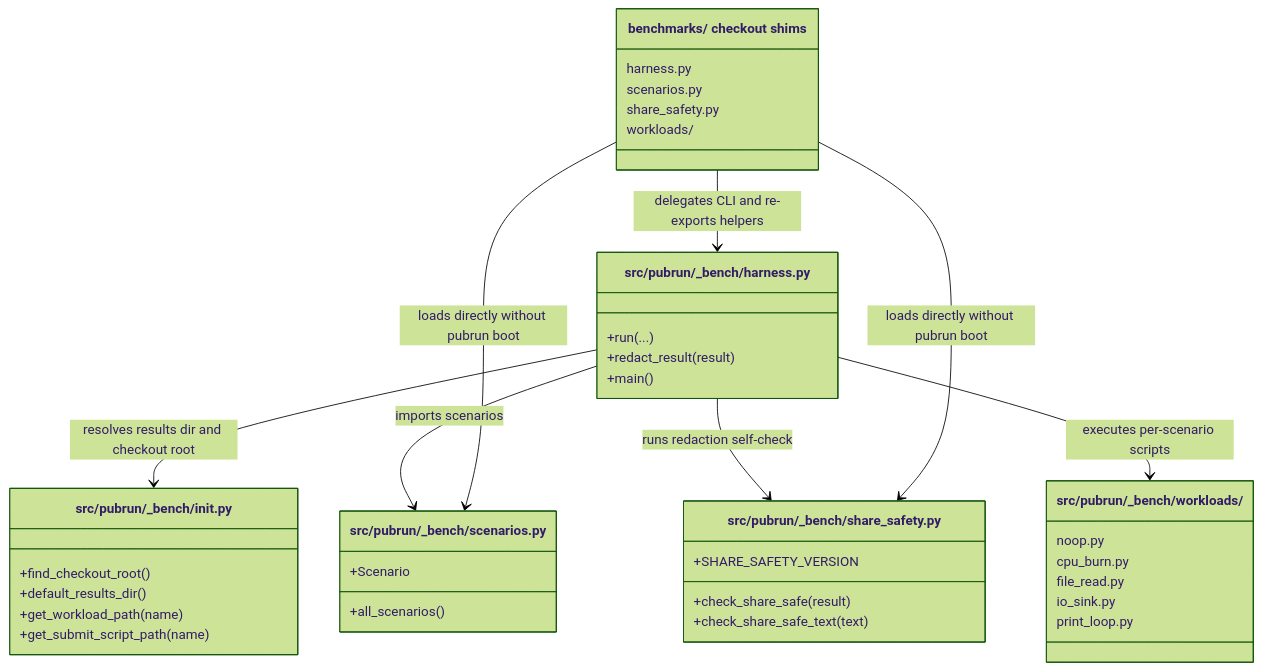
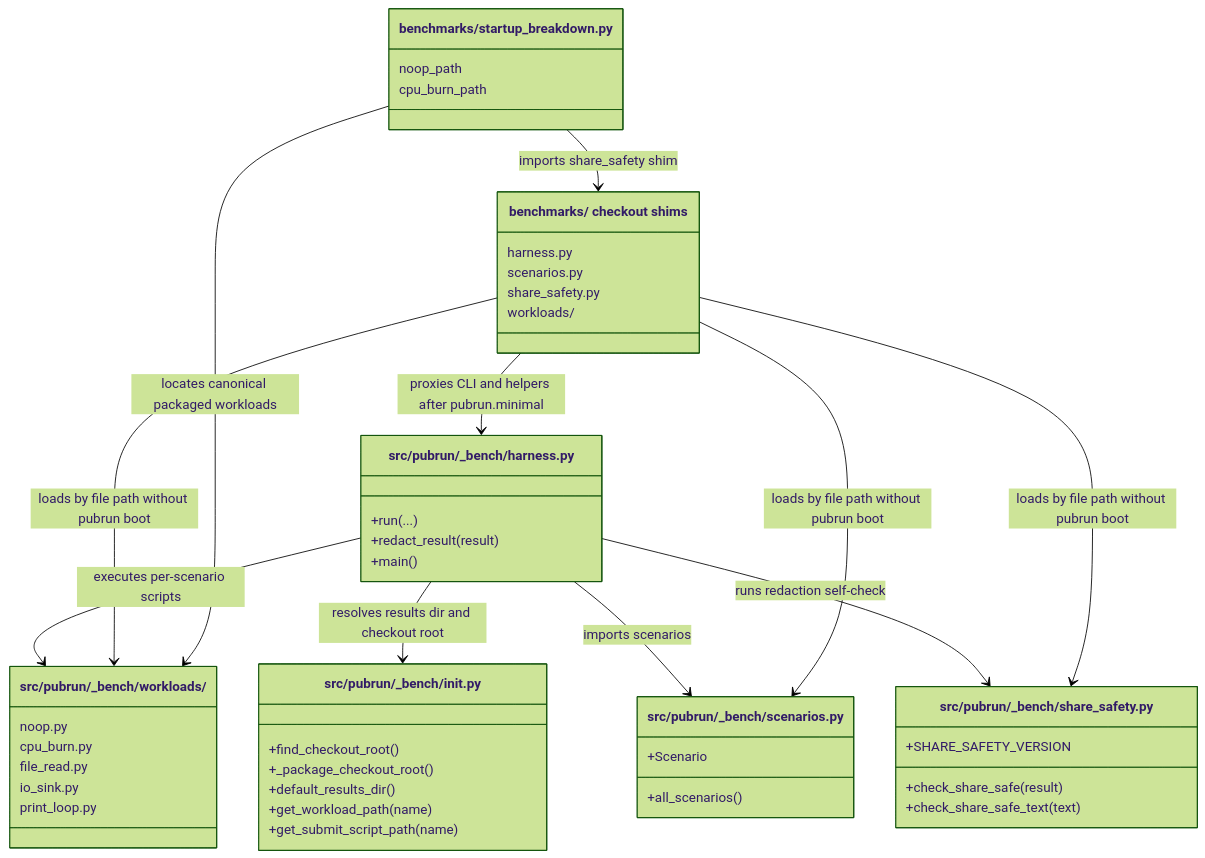
One commit to fariello/pubrun changed the diagram in .aw/records/plans/pending/20261127-bej1qz-01-29nsim-package-benchmark-core-runtime-and-checkout-shims.ipd.md. Above: the diagram before and after it, drawn with Mermaid (forest theme). The commit also changed other lines of this file and 1 other file, not shown here.

````diff
--- a/.aw/records/plans/pending/20261127-bej1qz-01-29nsim-package-benchmark-core-runtime-and-checkout-shims.ipd.md
+++ b/.aw/records/plans/pending/20261127-bej1qz-01-29nsim-package-benchmark-core-runtime-and-checkout-shims.ipd.md
@@ -36,43 +39,51 @@
 ```mermaid
 classDiagram
     class bench_init["src/pubrun/_bench/__init__.py"] {
         +find_checkout_root()
+        +_package_checkout_root()
         +default_results_dir()
         +get_workload_path(name)
         +get_submit_script_path(name)
     }
     class bench_share["src/pubrun/_bench/share_safety.py"] {
         +SHARE_SAFETY_VERSION
         +check_share_safe(result)
         +check_share_safe_text(text)
     }
     class bench_scenarios["src/pubrun/_bench/scenarios.py"] {
         +Scenario
         +all_scenarios()
     }
     class bench_harness["src/pubrun/_bench/harness.py"] {
         +run(...)
         +redact_result(result)
         +main()
     }
     class bench_workloads["src/pubrun/_bench/workloads/"] {
         noop.py
         cpu_burn.py
         file_read.py
         io_sink.py
         print_loop.py
     }
     class checkout_shims["benchmarks/ checkout shims"] {
         harness.py
         scenarios.py
         share_safety.py
         workloads/
     }
+    class startup_breakdown["benchmarks/startup_breakdown.py"] {
+        noop_path
+        cpu_burn_path
+    }
     bench_harness --> bench_init : resolves results dir and checkout root
     bench_harness --> bench_scenarios : imports scenarios
     bench_harness --> bench_share : runs redaction self-check
     bench_harness --> bench_workloads : executes per-scenario scripts
-    checkout_shims --> bench_harness : delegates CLI and re-exports helpers
-    checkout_shims --> bench_share : loads directly without pubrun boot
-    checkout_shims --> bench_scenarios : loads directly without pubrun boot
+    checkout_shims --> bench_harness : proxies CLI and helpers after pubrun.minimal
+    checkout_shims --> bench_share : loads by file path without pubrun boot
+    checkout_shims --> bench_scenarios : loads by file path without pubrun boot
+    checkout_shims --> bench_workloads : loads by file path without pubrun boot
+    startup_breakdown --> bench_workloads : locates canonical packaged workloads
+    startup_breakdown --> checkout_shims : imports share_safety shim
 ```
````
